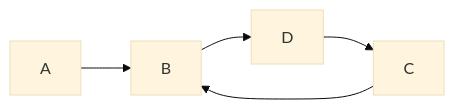
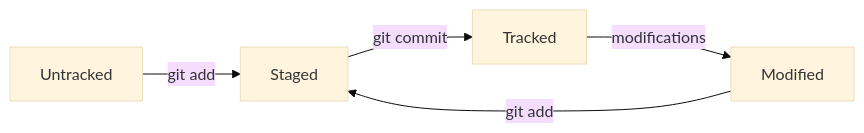
One commit to PavelAntipov/test_first changed the diagram in README.md. Above: the diagram before and after it, drawn with Mermaid (base theme).

````diff
--- a/README.md
+++ b/README.md
@@ -2,7 +2,7 @@
 ```mermaid
 graph LR;
-      A-->B;
-      C-->B;
-      B-->D;
-      D-->C;
+      Untracked --"git add" --> Staged ;
+      Modified -- "git add"-->Staged;
+      Staged -- "git commit"--> Tracked;
+      Tracked-- modifications -->Modified;
 ```
````
